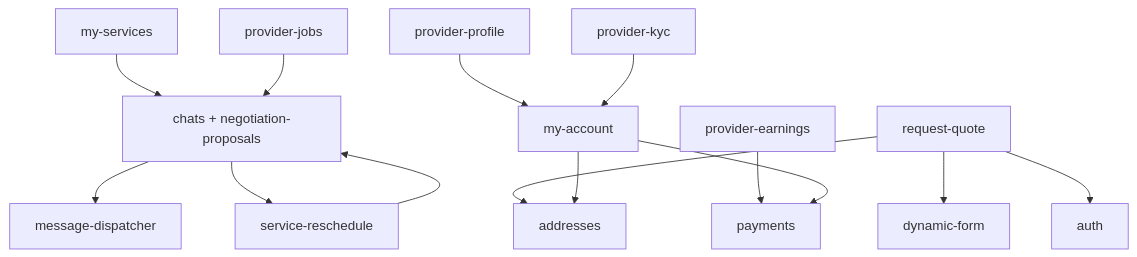
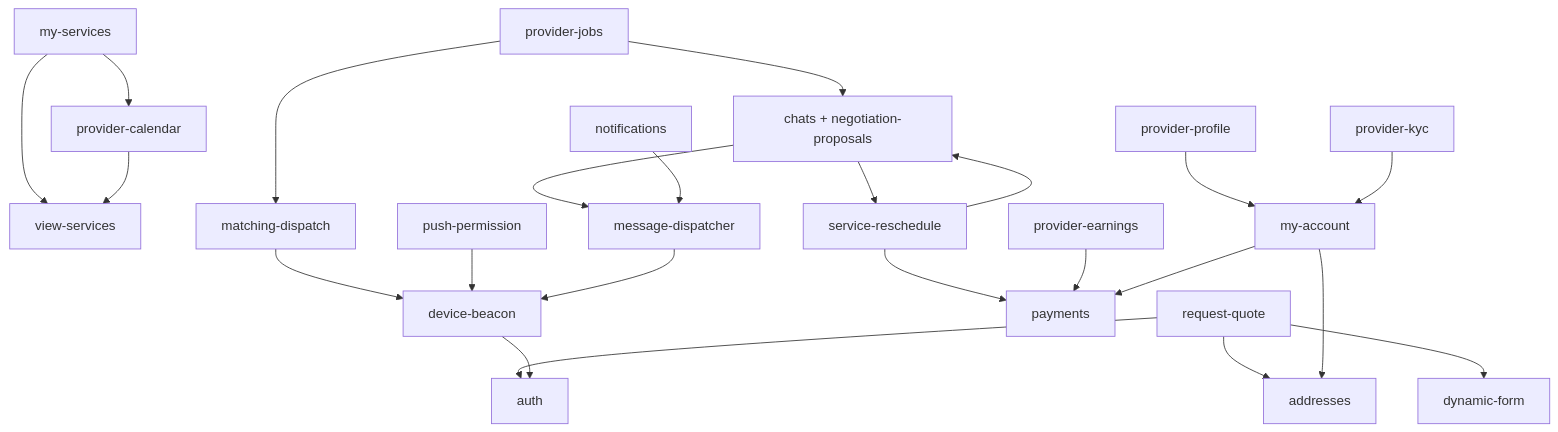
Before and after one commit to higorpo/renovi-orbit-test: the diagram in docs/business/02-mapa-de-modulos-e-features.md, drawn with Mermaid. The commit also changed other lines of this file and 63 other files, not shown here.

````diff
--- a/docs/business/02-mapa-de-modulos-e-features.md
+++ b/docs/business/02-mapa-de-modulos-e-features.md
@@ -78,30 +99,45 @@
 ```mermaid
 flowchart TB
   RQ[request-quote]
   DF[dynamic-form]
   AD[addresses]
   AU[auth]
   CM[my-services]
+  VS[view-services]
   PJ[provider-jobs]
   PP[provider-profile]
   MA[my-account]
   PK[provider-kyc]
   CH[chats + negotiation-proposals]
   SR[service-reschedule]
   MD[message-dispatcher]
+  NOTIF[notifications]
   PAY[payments]
   PE[provider-earnings]
+  PC[provider-calendar]
+  DB[device-beacon]
+  PUSH[push-permission]
+  MATCH[matching-dispatch]
   RQ --> DF
   RQ --> AD
   RQ --> AU
-  CM --> CH
+  CM --> VS
+  CM --> PC
+  PC --> VS
   MA --> AD
   PP --> MA
   PJ --> CH
+  PJ --> MATCH
+  MATCH --> DB
   CH --> MD
   CH --> SR
   SR --> CH
+  SR --> PAY
   PK --> MA
   PE --> PAY
   MA --> PAY
+  NOTIF --> MD
+  PUSH --> DB
+  DB --> AU
+  MD --> DB
 ```
````
